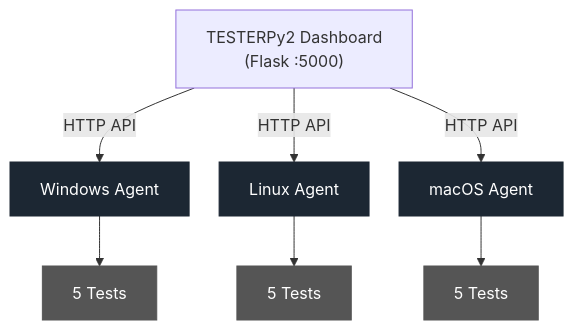
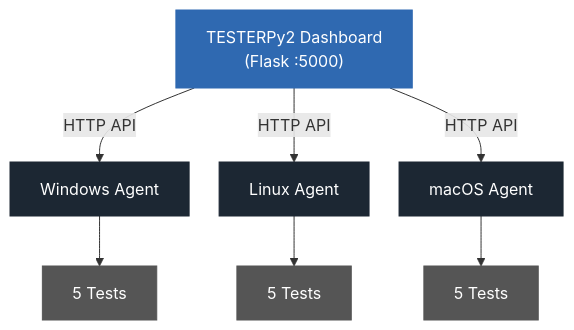
The diagram in README.md (BreachSimRange/TesterPy2), drawn with Mermaid before and after one commit.

````diff
--- a/README.md
+++ b/README.md
@@ -37,31 +37,31 @@
 ```mermaid
 %%{init: {"flowchart": {"nodeSpacing": 30, "rankSpacing": 50}}}%%
 
 graph TD
 
     Dashboard["TESTERPy2 Dashboard<br/>(Flask :5000)"]
 
     Win["Windows Agent"]
     Linux["Linux Agent"]
     Mac["macOS Agent"]
 
     WTests["5 Tests"]
     LTests["5 Tests"]
     MTests["5 Tests"]
 
     Dashboard -->|HTTP API| Win
     Dashboard -->|HTTP API| Linux
     Dashboard -->|HTTP API| Mac
 
     Win --> WTests
     Linux --> LTests
     Mac --> MTests
 
-    classDef center fill:#2f69b1,color:white,stroke:#2f69b1;
+    classDef dashboard fill:#2f69b1,color:white,stroke:#2f69b1;
     classDef agent fill:#1c2733,color:white,stroke:#1c2733;
     classDef tests fill:#555,color:white,stroke:#555;
 
     class Dashboard dashboard;
     class Win,Linux,Mac agent;
     class WTests,LTests,MTests tests;
 ```
````
